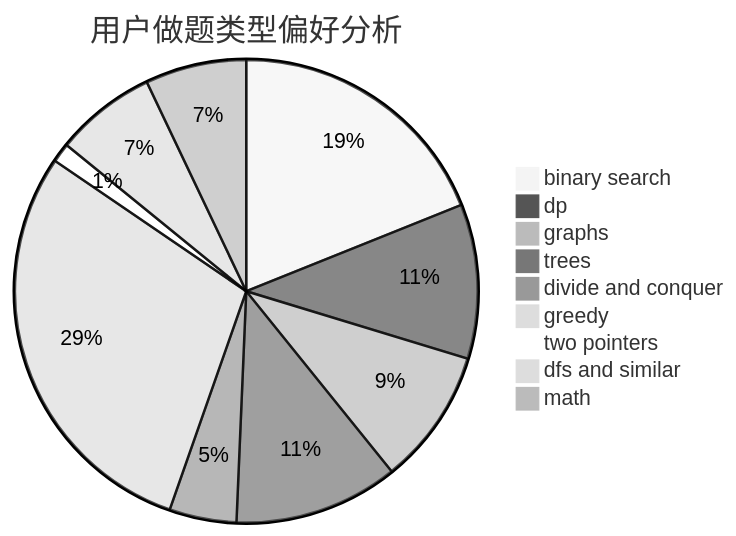
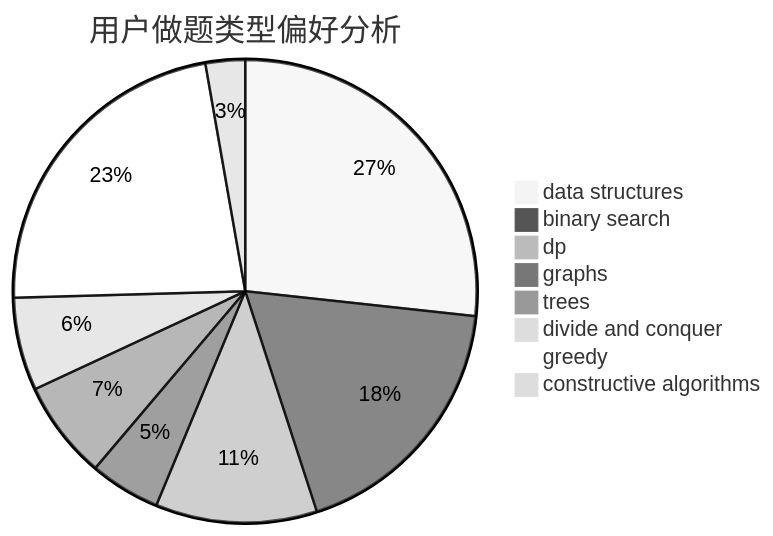
Before and after one commit to sherpahu/cfrs.github.io: the second of 3 diagrams in docs/user/u402.md, drawn with Mermaid (neutral theme). The commit also changed other lines of this file and 2775 other files, not shown here.

````diff
--- a/docs/user/u402.md
+++ b/docs/user/u402.md
@@ -23,12 +23,11 @@
 ```mermaid
 pie title 用户做题类型偏好分析
-    "binary search" :  351
-    "dp" :  200
-    "graphs" :  176
-    "trees" :  213
+    "data structures" :  358
+    "binary search" :  245
+    "dp" :  151
+    "graphs" :  66
+    "trees" :  92
     "divide and conquer" :  87
-    "greedy" :  541
-    "two pointers" :  25
-    "dfs and similar" :  131
-    "math" :  131
+    "greedy" :  304
+    "constructive algorithms" :  37
 ```
````
